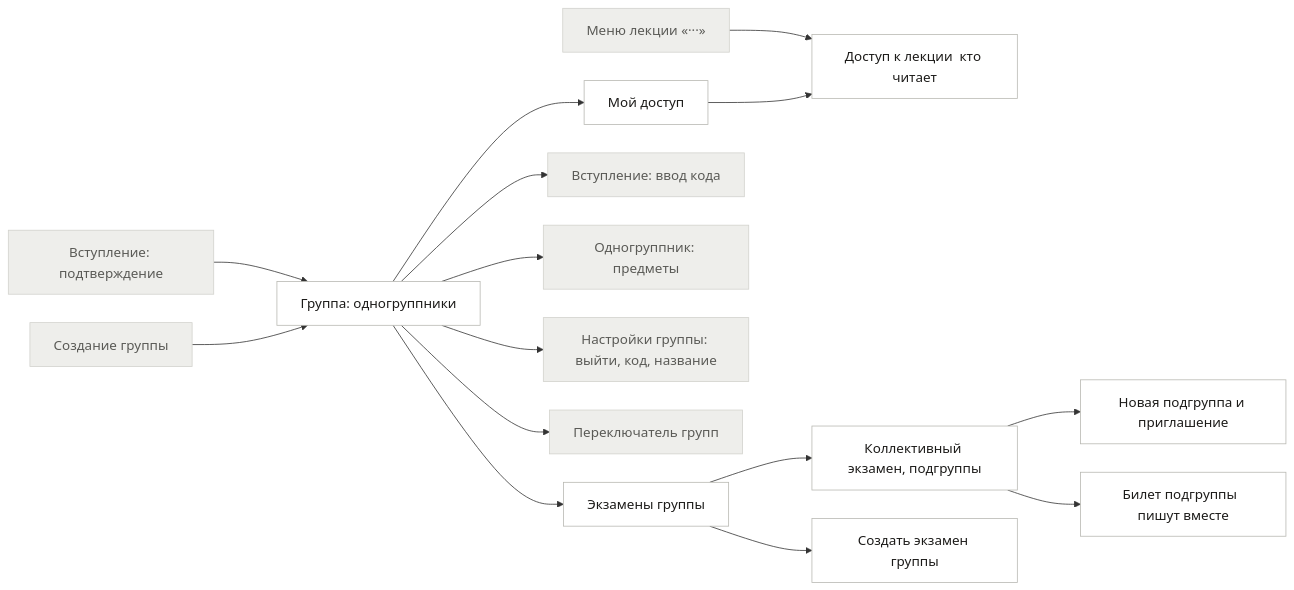
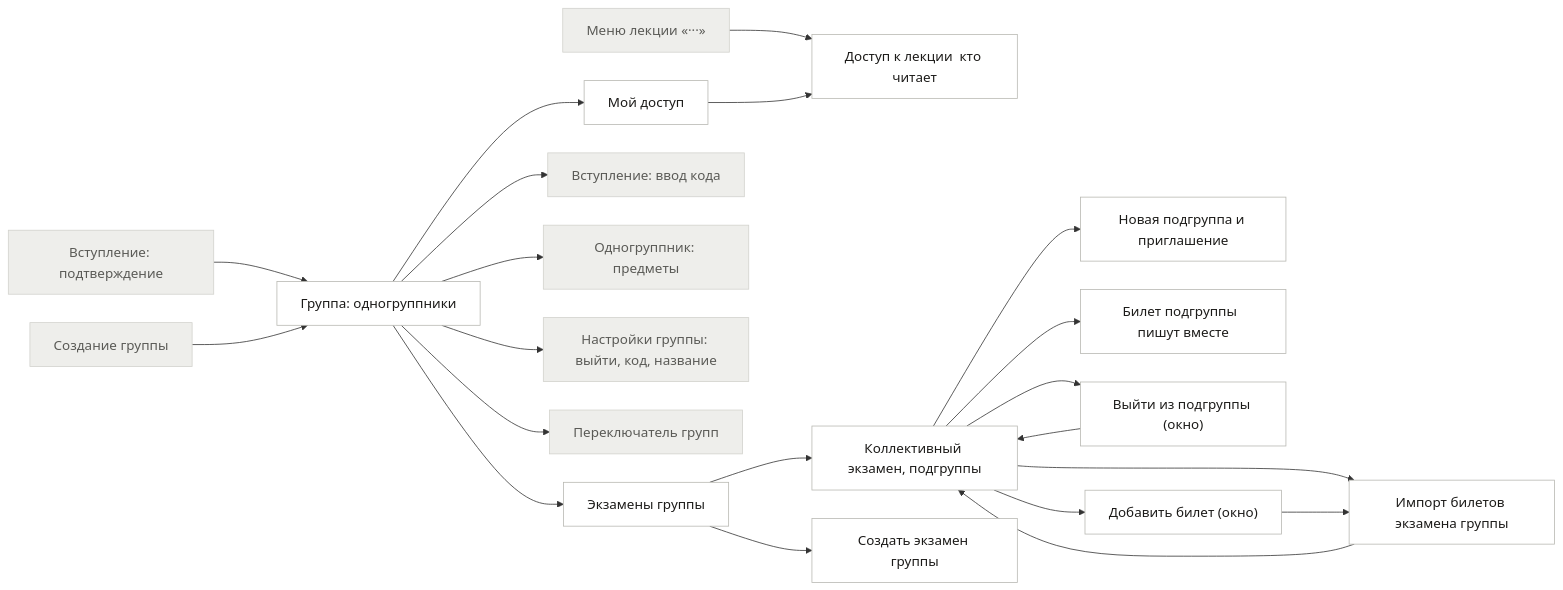
One commit to misha-quartzevsky/cohorta changed the sixth of 6 diagrams in docs/design/ia/userflow.md. Above: the diagram before and after it, drawn with Mermaid. The commit also changed other lines of this file and 28 other files, not shown here.

````diff
--- a/docs/design/ia/userflow.md
+++ b/docs/design/ia/userflow.md
@@ -402,52 +407,64 @@
 ```mermaid
 %%{init:{"themeVariables":{"fontSize":"17px"},"flowchart":{"nodeSpacing":36,"rankSpacing":80,"curve":"basis"}}}%%
 flowchart LR
   g_home["Группа: одногруппники"]
   g_myaccess["Мой доступ"]
   g_lecture_access["Доступ к лекции  кто читает "]
   g_exams["Экзамены группы"]
   g_exam["Коллективный экзамен, подгруппы"]
   g_exam_new["Создать экзамен группы"]
   g_sub_new["Новая подгруппа и приглашение"]
   g_ticket["Билет подгруппы  пишут вместе "]
+  g_exam_import["Импорт билетов экзамена группы"]
+  g_sub_leave["Выйти из подгруппы (окно)"]
+  ticket_add["Добавить билет (окно)"]
   g_create["Создание группы"]
   g_join["Вступление: ввод кода"]
   g_join_ok["Вступление: подтверждение"]
   g_member["Одногруппник: предметы"]
   g_settings["Настройки группы: выйти, код, название"]
   g_switch["Переключатель групп"]
   lecture_menu["Меню лекции «···»"]
   lecture_menu --> g_lecture_access
   g_home --> g_join
   g_join_ok --> g_home
   g_create --> g_home
   g_home --> g_switch
   g_home --> g_member
   g_home --> g_settings
   g_home --> g_myaccess
   g_myaccess --> g_lecture_access
   g_home --> g_exams
   g_exams --> g_exam
   g_exams --> g_exam_new
   g_exam --> g_sub_new
   g_exam --> g_ticket
+  g_exam --> g_exam_import
+  g_exam --> g_sub_leave
+  g_sub_leave --> g_exam
+  g_exam --> ticket_add
+  ticket_add --> g_exam_import
+  g_exam_import --> g_exam
   classDef ok fill:#FFFFFF,stroke:#B8B8B2,color:#1C1B19
   classDef no fill:#FDE3E3,stroke:#B00008,stroke-dasharray:4 3,color:#1C1B19
   classDef ex fill:#EEEEEB,stroke:#D2D2CD,color:#5A5A56
   classDef vi fill:#FDEBDB,stroke:#E86800,color:#1C1B19
   class g_home ok
   class g_myaccess ok
   class g_lecture_access ok
   class g_exams ok
   class g_exam ok
   class g_exam_new ok
   class g_sub_new ok
   class g_ticket ok
+  class g_exam_import ok
+  class g_sub_leave ok
+  class ticket_add ok
   class g_create ex
   class g_join ex
   class g_join_ok ex
   class g_member ex
   class g_settings ex
   class g_switch ex
   class lecture_menu ex
 ```
````
